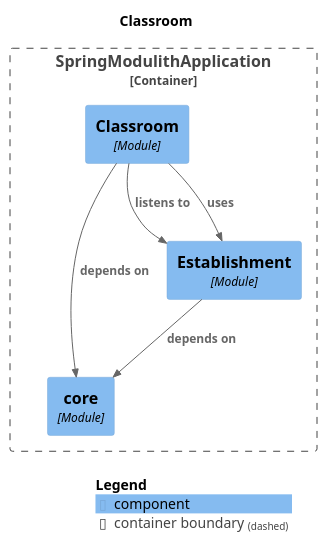
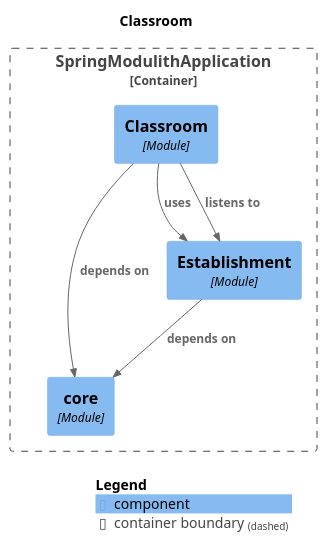
One commit to cedricSarre/spring-modulith-sample changed the diagram in doc/module-classroom.puml. Above: the diagram before and after it, drawn with PlantUML. The commit also changed other lines of this file and 3 other files, not shown here.

```diff
--- a/doc/module-classroom.puml
+++ b/doc/module-classroom.puml
@@ -1,23 +1,23 @@
 @startuml
 set separator none
 title Classroom
 
 top to bottom direction
 
 !include <C4/C4>
 !include <C4/C4_Context>
 !include <C4/C4_Component>
 
 Container_Boundary("SpringModulithApplication.SpringModulithApplication_boundary", "SpringModulithApplication", $tags="") {
   Component(SpringModulithApplication.SpringModulithApplication.core, "core", $techn="Module", $descr="", $tags="", $link="")
+  Component(SpringModulithApplication.SpringModulithApplication.Classroom, "Classroom", $techn="Module", $descr="", $tags="", $link="")
   Component(SpringModulithApplication.SpringModulithApplication.Establishment, "Establishment", $techn="Module", $descr="", $tags="", $link="")
-  Component(SpringModulithApplication.SpringModulithApplication.Classroom, "Classroom", $techn="Module", $descr="", $tags="", $link="")
 }
 
+Rel(SpringModulithApplication.SpringModulithApplication.Classroom, SpringModulithApplication.SpringModulithApplication.Establishment, "uses", $techn="", $tags="", $link="")
+Rel(SpringModulithApplication.SpringModulithApplication.Establishment, SpringModulithApplication.SpringModulithApplication.core, "depends on", $techn="", $tags="", $link="")
 Rel(SpringModulithApplication.SpringModulithApplication.Classroom, SpringModulithApplication.SpringModulithApplication.Establishment, "listens to", $techn="", $tags="", $link="")
 Rel(SpringModulithApplication.SpringModulithApplication.Classroom, SpringModulithApplication.SpringModulithApplication.core, "depends on", $techn="", $tags="", $link="")
-Rel(SpringModulithApplication.SpringModulithApplication.Classroom, SpringModulithApplication.SpringModulithApplication.Establishment, "uses", $techn="", $tags="", $link="")
-Rel(SpringModulithApplication.SpringModulithApplication.Establishment, SpringModulithApplication.SpringModulithApplication.core, "depends on", $techn="", $tags="", $link="")
 
 SHOW_LEGEND(true)
 @enduml
```
